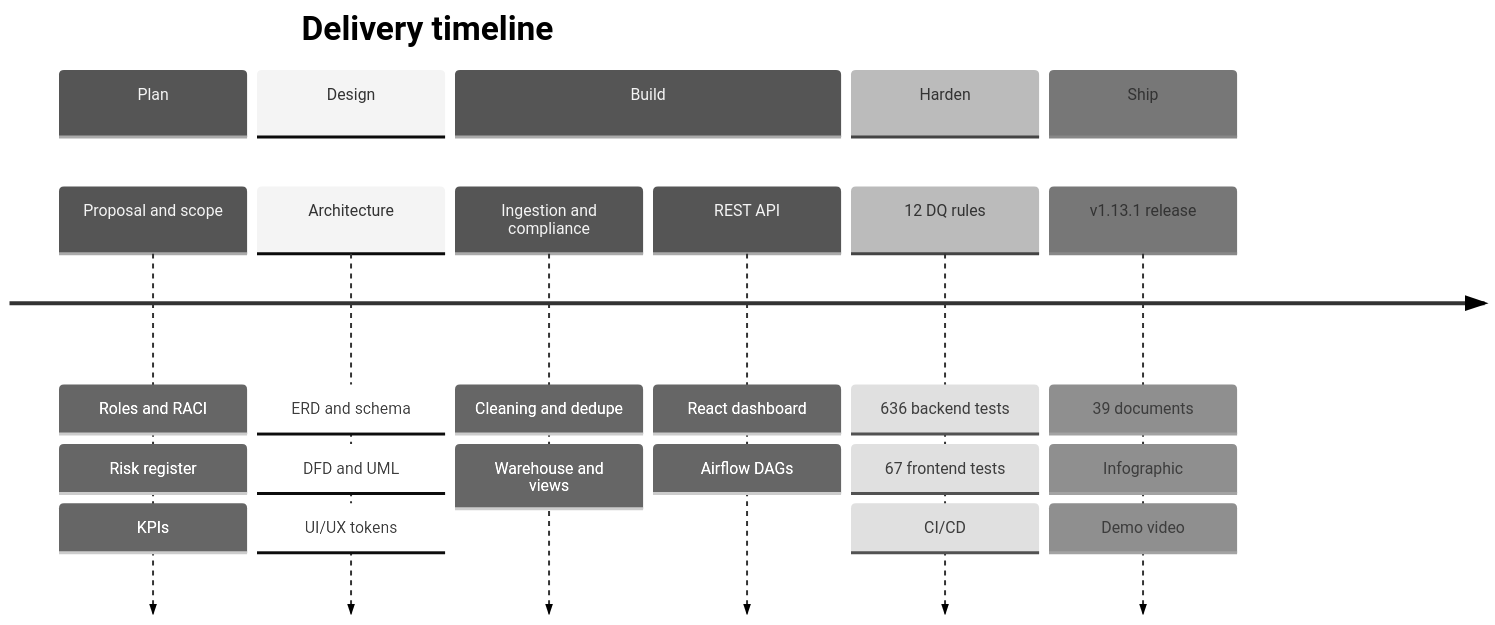
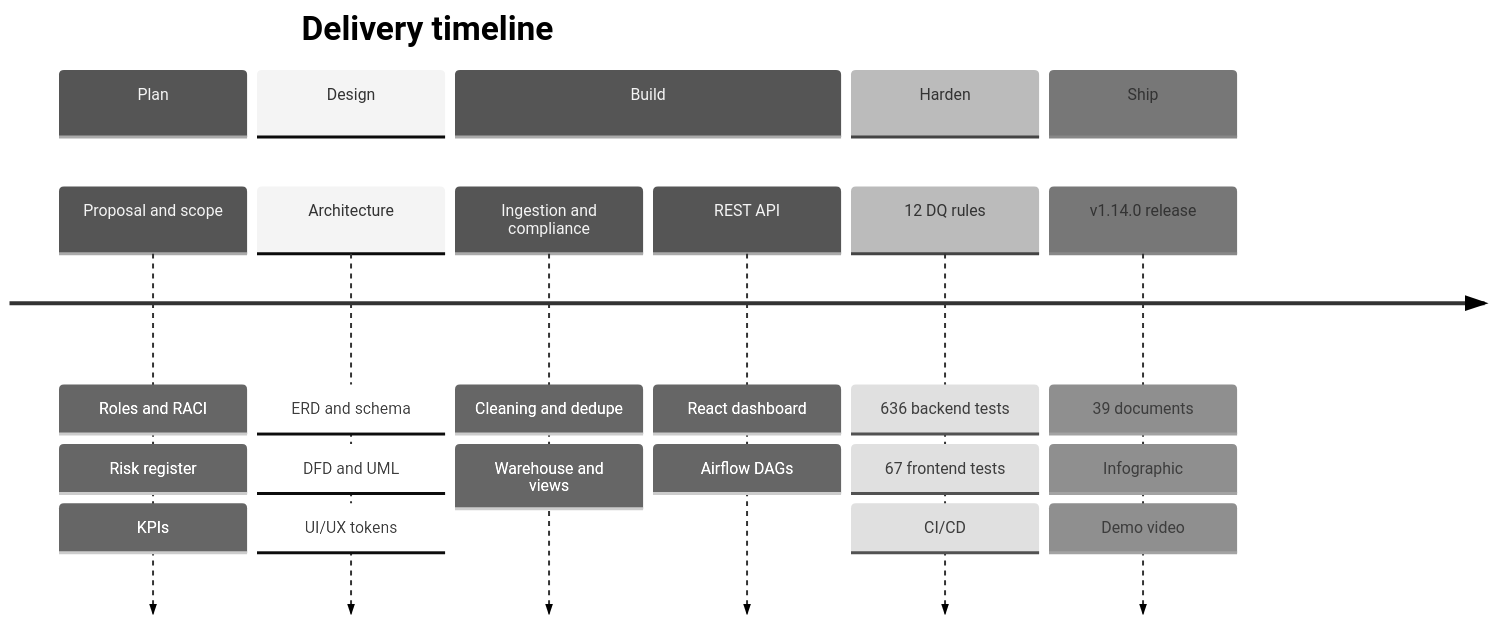
One commit to Ahmedbakr78/Web-to-Warehouse-Product-Intelligence-Pipeline changed the fourth of 12 diagrams in docs/38_extended_diagram_suite.md. Above: the diagram before and after it, drawn with Mermaid (neutral theme). The commit also changed other lines of this file and 156 other files, not shown here.

Commit message:
release: v1.14.0 — full GitHub presence, GitHub Pages showcase & 39-doc portal, 128 Mermaid diagrams

````diff
--- a/docs/38_extended_diagram_suite.md
+++ b/docs/38_extended_diagram_suite.md
@@ -79,15 +80,15 @@
 ```mermaid
 timeline
     title Delivery timeline
     section Plan
       Proposal and scope : Roles and RACI : Risk register : KPIs
     section Design
       Architecture : ERD and schema : DFD and UML : UI/UX tokens
     section Build
       Ingestion and compliance : Cleaning and dedupe : Warehouse and views
       REST API : React dashboard : Airflow DAGs
     section Harden
       12 DQ rules : 636 backend tests : 67 frontend tests : CI/CD
     section Ship
-      v1.13.1 release : 39 documents : Infographic : Demo video
+      v1.14.0 release : 39 documents : Infographic : Demo video
 ```
````
